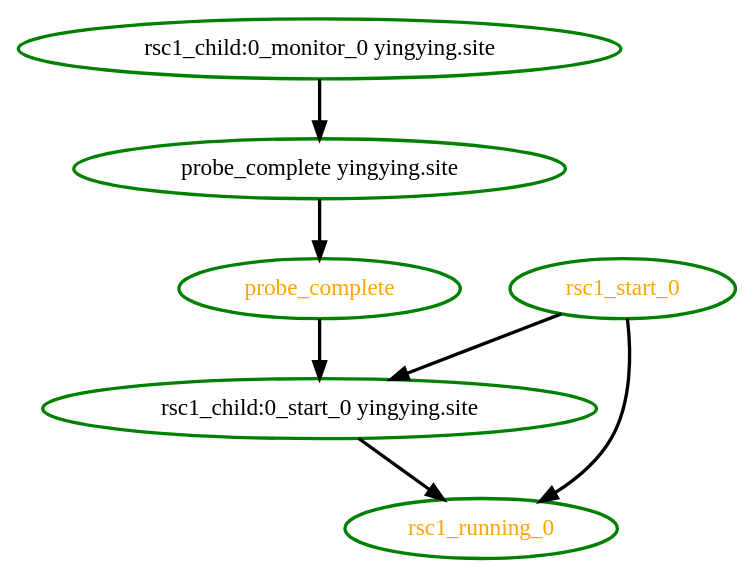
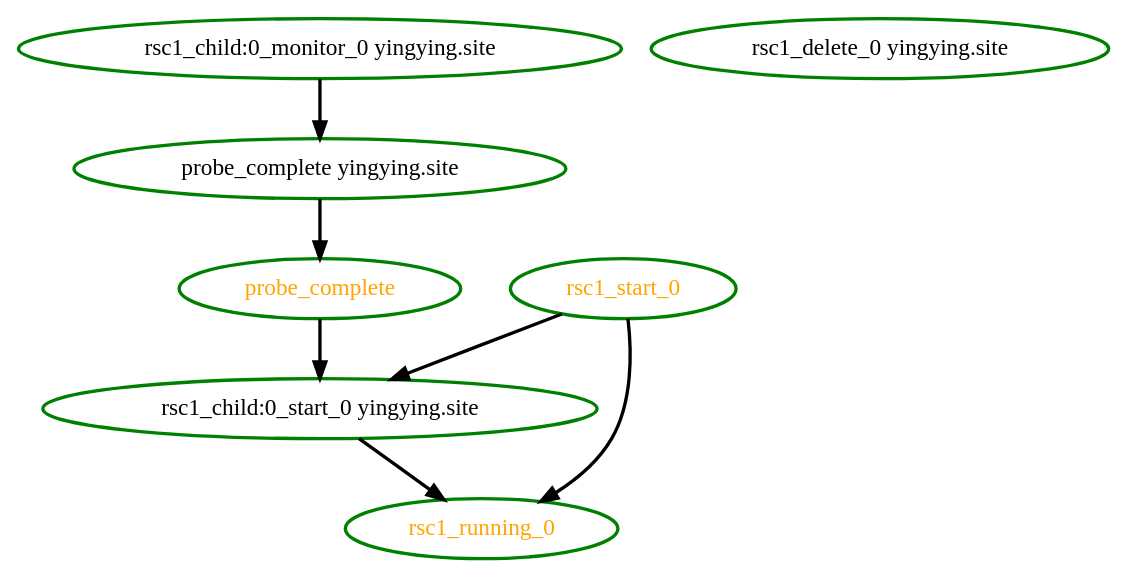
Before and after one commit to ClusterLabs/pacemaker: the diagram in pengine/test10/obsolete-lrm-resource.dot, drawn with Graphviz. The commit also changed 40 other files, not shown here.

```diff
--- a/pengine/test10/obsolete-lrm-resource.dot
+++ b/pengine/test10/obsolete-lrm-resource.dot
@@ -1,14 +1,15 @@
 digraph "g" {
 "probe_complete yingying.site" -> "probe_complete" [ style = bold]
 "probe_complete yingying.site" [ style=bold color="green" fontcolor="black"]
 "probe_complete" -> "rsc1_child:0_start_0 yingying.site" [ style = bold]
 "probe_complete" [ style=bold color="green" fontcolor="orange"]
 "rsc1_child:0_monitor_0 yingying.site" -> "probe_complete yingying.site" [ style = bold]
 "rsc1_child:0_monitor_0 yingying.site" [ style=bold color="green" fontcolor="black"]
 "rsc1_child:0_start_0 yingying.site" -> "rsc1_running_0" [ style = bold]
 "rsc1_child:0_start_0 yingying.site" [ style=bold color="green" fontcolor="black"]
+"rsc1_delete_0 yingying.site" [ style=bold color="green" fontcolor="black"]
 "rsc1_running_0" [ style=bold color="green" fontcolor="orange"]
 "rsc1_start_0" -> "rsc1_child:0_start_0 yingying.site" [ style = bold]
 "rsc1_start_0" -> "rsc1_running_0" [ style = bold]
 "rsc1_start_0" [ style=bold color="green" fontcolor="orange"]
 }
```
